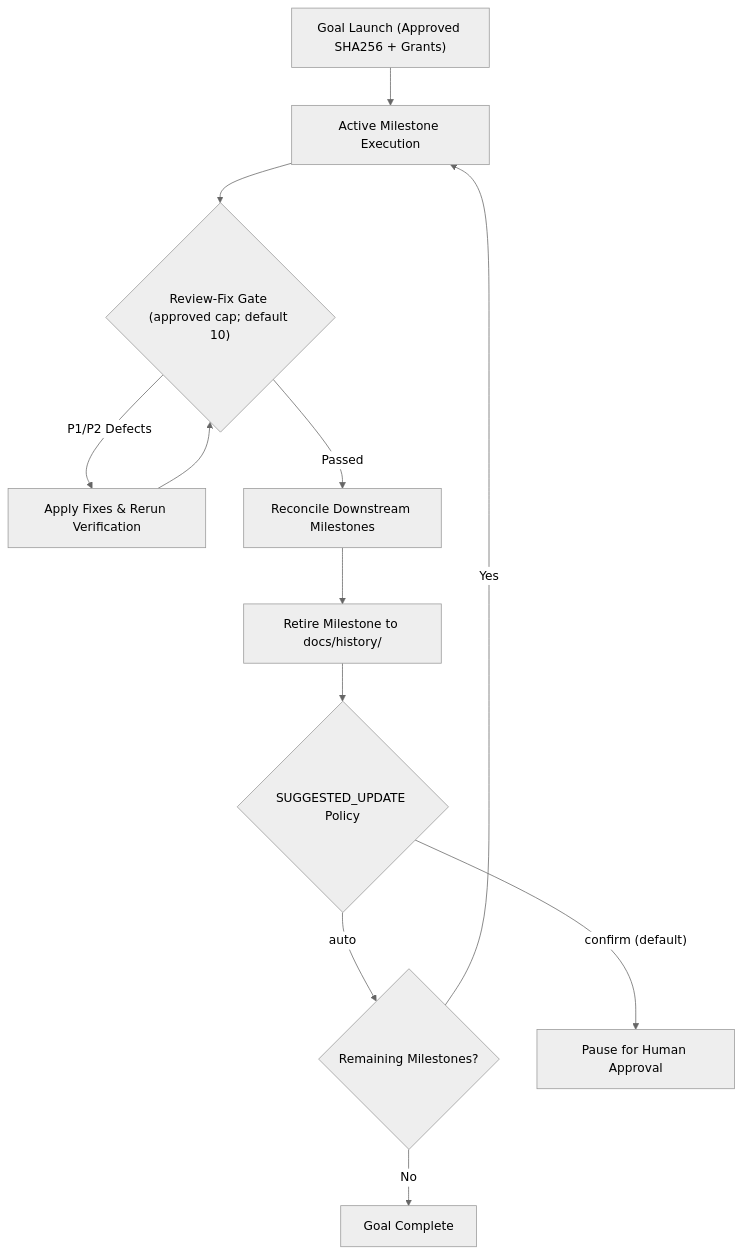
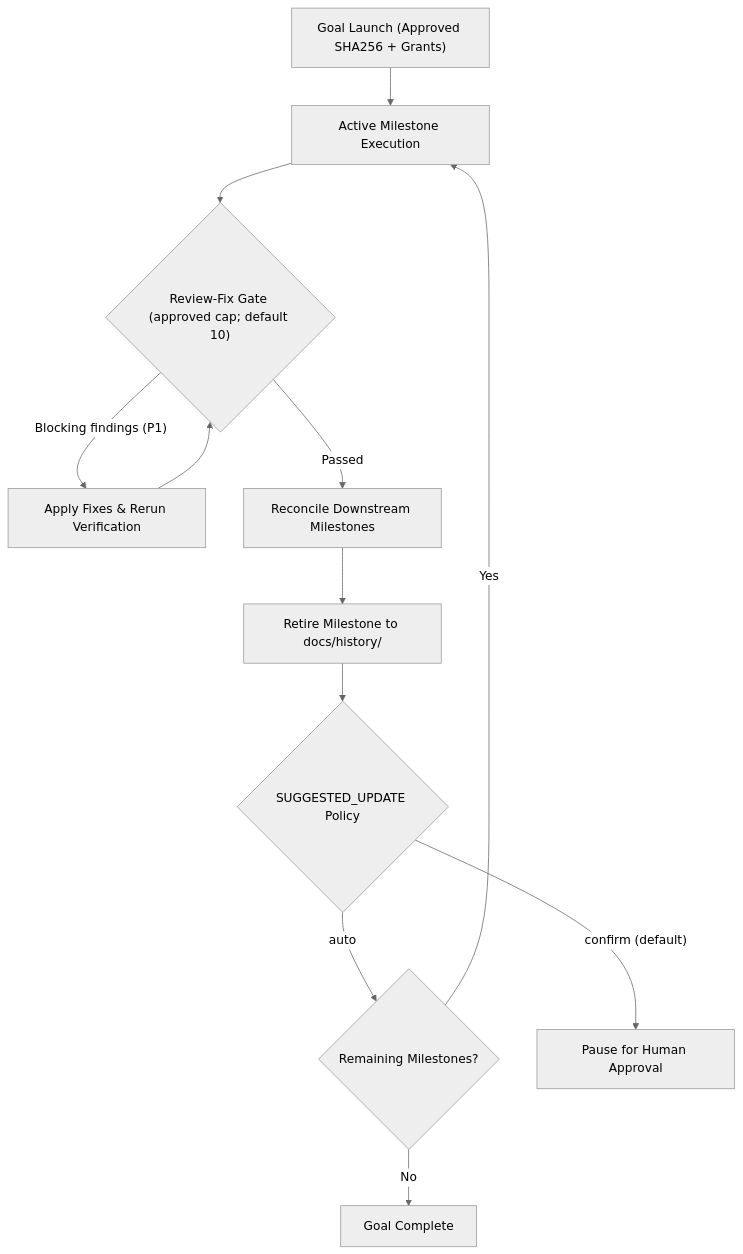
Before and after one commit to tabilet/skills: the diagram in docs/automation.md, drawn with Mermaid (neutral theme). The commit also changed other lines of this file and 16 other files, not shown here.

````diff
--- a/docs/automation.md
+++ b/docs/automation.md
@@ -23,14 +23,14 @@
 ```mermaid
 flowchart TD
     Launch["Goal Launch (Approved SHA256 + Grants)"] --> Milestone["Active Milestone Execution"]
     Milestone --> ReviewGate{"Review-Fix Gate (approved cap; default 10)"}
-    ReviewGate -- "P1/P2 Defects" --> Fix["Apply Fixes & Rerun Verification"]
+    ReviewGate -- "Blocking findings (P1)" --> Fix["Apply Fixes & Rerun Verification"]
     Fix --> ReviewGate
     ReviewGate -- "Passed" --> Reconcile["Reconcile Downstream Milestones"]
     Reconcile --> Retire["Retire Milestone to docs/history/"]
     Retire --> Refresh{"SUGGESTED_UPDATE Policy"}
     Refresh -- "auto" --> CheckDone{"Remaining Milestones?"}
     Refresh -- "confirm (default)" --> Pause["Pause for Human Approval"]
     CheckDone -- "Yes" --> Milestone
     CheckDone -- "No" --> GoalComplete["Goal Complete"]
 ```
````
